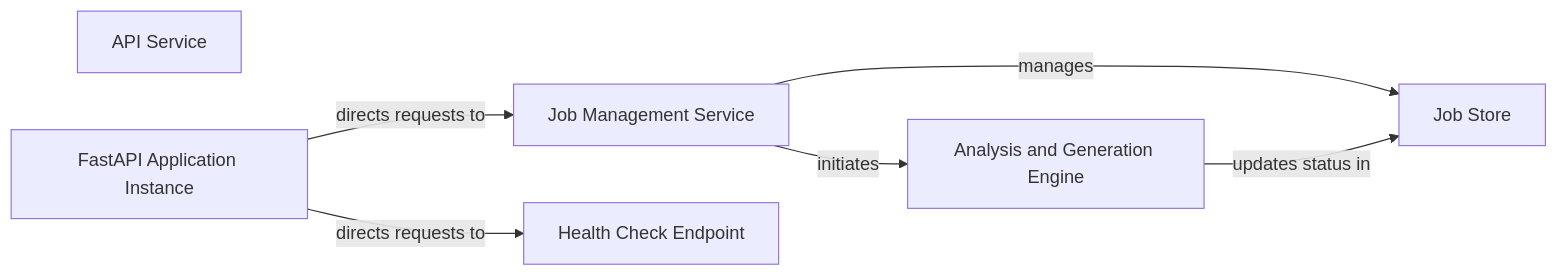
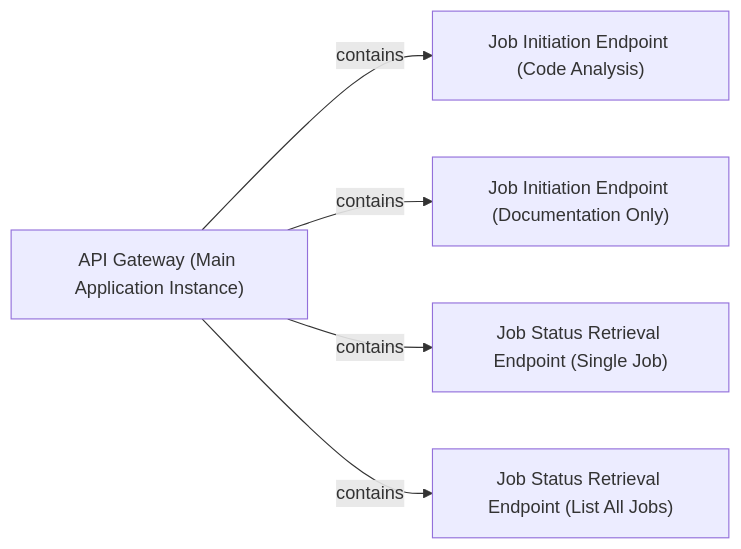
Before and after one commit to mariyam866/CodeBoarding: the diagram in .codeboarding/API_Service.md, drawn with Mermaid. The commit also changed other lines of this file and 11 other files, not shown here.

First line of the commit message:
docs: update codeboarding documentation and generate architecture

````diff
--- a/.codeboarding/API_Service.md
+++ b/.codeboarding/API_Service.md
@@ -1,15 +1,12 @@
 ```mermaid
 graph LR
-    API_Service["API Service"]
-    FastAPI_Application_Instance["FastAPI Application Instance"]
-    Job_Management_Service["Job Management Service"]
-    Job_Store["Job Store"]
-    Analysis_and_Generation_Engine["Analysis and Generation Engine"]
-    Health_Check_Endpoint["Health Check Endpoint"]
-    FastAPI_Application_Instance -- "directs requests to" --> Job_Management_Service
-    FastAPI_Application_Instance -- "directs requests to" --> Health_Check_Endpoint
-    Job_Management_Service -- "manages" --> Job_Store
-    Job_Management_Service -- "initiates" --> Analysis_and_Generation_Engine
-    Analysis_and_Generation_Engine -- "updates status in" --> Job_Store
-    click API_Service href "https://github.com/CodeBoarding/CodeBoarding/blob/main/.codeboarding/API_Service.md" "Details"
+    API_Gateway_Main_Application_Instance_["API Gateway (Main Application Instance)"]
+    Job_Initiation_Endpoint_Code_Analysis_["Job Initiation Endpoint (Code Analysis)"]
+    Job_Initiation_Endpoint_Documentation_Only_["Job Initiation Endpoint (Documentation Only)"]
+    Job_Status_Retrieval_Endpoint_Single_Job_["Job Status Retrieval Endpoint (Single Job)"]
+    Job_Status_Retrieval_Endpoint_List_All_Jobs_["Job Status Retrieval Endpoint (List All Jobs)"]
+    API_Gateway_Main_Application_Instance_ -- "contains" --> Job_Initiation_Endpoint_Code_Analysis_
+    API_Gateway_Main_Application_Instance_ -- "contains" --> Job_Initiation_Endpoint_Documentation_Only_
+    API_Gateway_Main_Application_Instance_ -- "contains" --> Job_Status_Retrieval_Endpoint_Single_Job_
+    API_Gateway_Main_Application_Instance_ -- "contains" --> Job_Status_Retrieval_Endpoint_List_All_Jobs_
 ```
````
